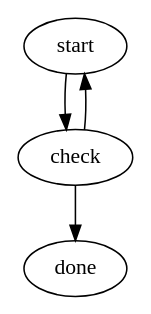
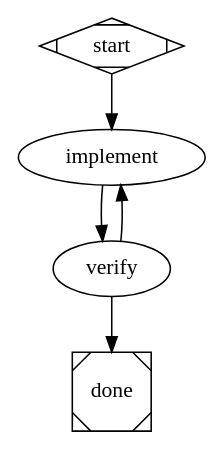
Before and after one commit to jawhnycooke/attractor: the second of 19 diagrams in docs/how-to/common-tasks.md, drawn with Graphviz. The commit also changed other lines of this file and 5 other files, not shown here.

````diff
--- a/docs/how-to/common-tasks.md
+++ b/docs/how-to/common-tasks.md
@@ -159,18 +184,24 @@
 ```dot
 digraph retry_example {
-    start [handler="codergen" prompt="Implement the feature." start=true]
+    start [shape=Mdiamond]
 
-    check [
-        handler="tool"
-        command="pytest tests/ -q && echo 'OK'"
+    implement [
+        type="codergen"
+        prompt="Fix the failing test in src/auth.py."
     ]
 
-    done [terminal=true]
+    verify [
+        type="codergen"
+        prompt="Run pytest tests/test_auth.py -q. Set context key 'tests_passed' to true if all pass, false otherwise."
+    ]
 
-    start -> check
-    # Exit when tests pass
-    check -> done  [condition="exit_code == 0" priority=0]
-    # Retry up to the engine's max_steps limit
-    check -> start [condition="exit_code != 0" priority=1]
+    done [shape=Msquare]
+
+    start -> implement
+    implement -> verify
+
+    # Higher weight = evaluated first
+    verify -> done     [condition="tests_passed = true"  weight=2]
+    verify -> implement [condition="tests_passed = false" weight=1]
 }
 ```
````
